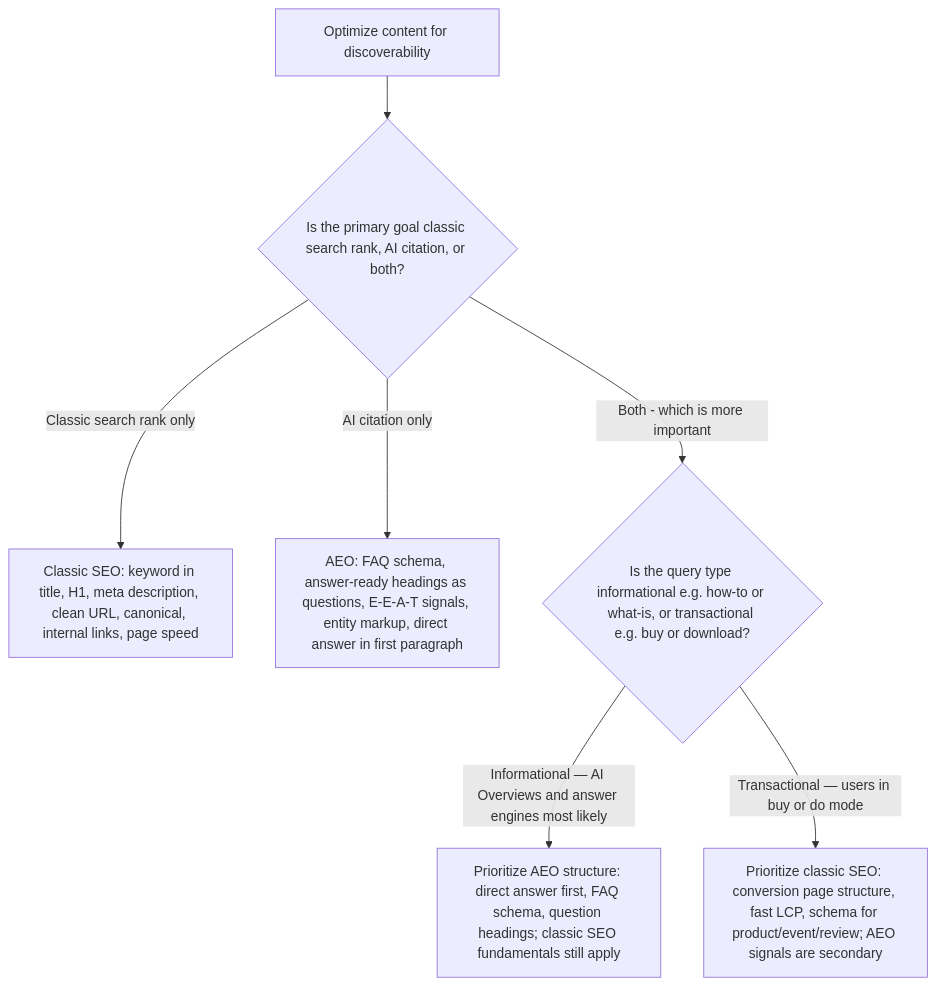
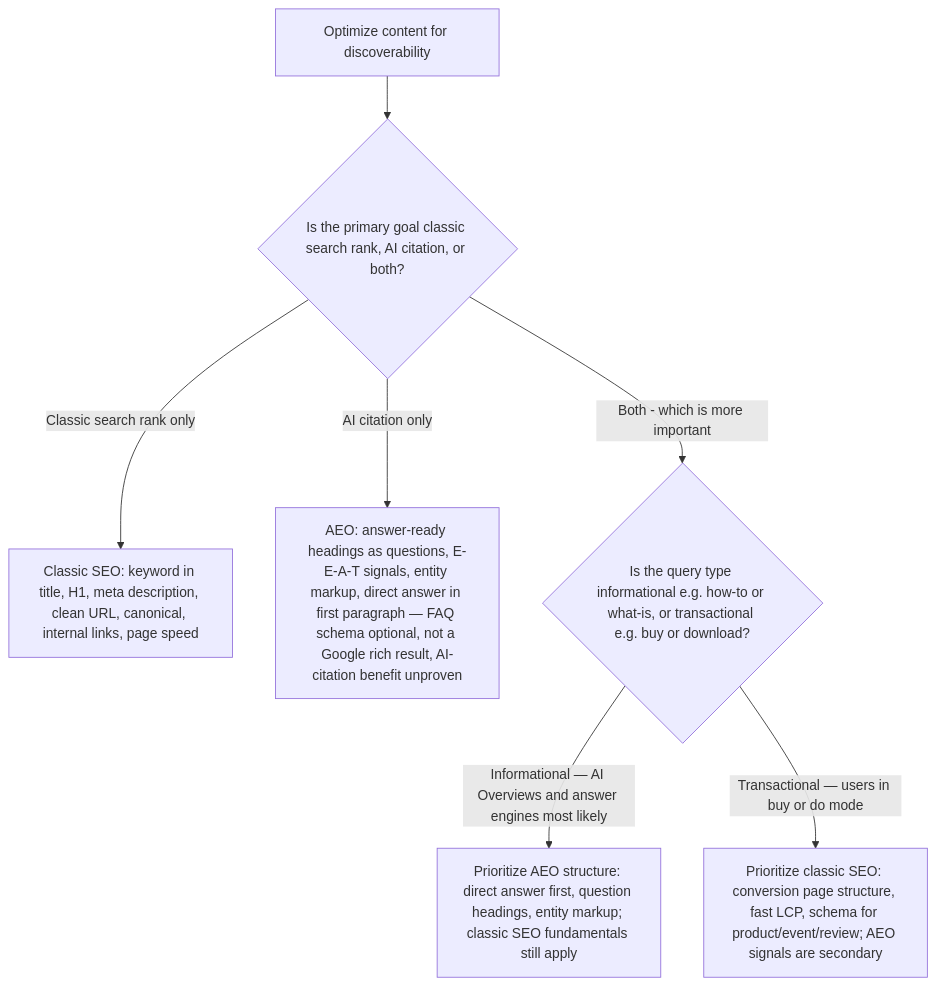
Before and after one commit to mcorbett51090/RavenClaude: diagram 13 of 13 in plugins/web-design/knowledge/web-design-decision-trees.md, drawn with Mermaid. The commit also changed other lines of this file and 22 other files, not shown here.

````diff
--- a/plugins/web-design/knowledge/web-design-decision-trees.md
+++ b/plugins/web-design/knowledge/web-design-decision-trees.md
@@ -457,9 +464,9 @@
 ```mermaid
 flowchart TD
     START[Optimize content for discoverability] --> Q1{Is the primary goal classic search rank, AI citation, or both?}
     Q1 -->|Classic search rank only| SEO[Classic SEO: keyword in title, H1, meta description, clean URL, canonical, internal links, page speed]
-    Q1 -->|AI citation only| AEO[AEO: FAQ schema, answer-ready headings as questions, E-E-A-T signals, entity markup, direct answer in first paragraph]
+    Q1 -->|AI citation only| AEO[AEO: answer-ready headings as questions, E-E-A-T signals, entity markup, direct answer in first paragraph — FAQ schema optional, not a Google rich result, AI-citation benefit unproven]
     Q1 -->|Both - which is more important| BOTH{Is the query type informational e.g. how-to or what-is, or transactional e.g. buy or download?}
-    BOTH -->|Informational — AI Overviews and answer engines most likely| AIHEAVIER[Prioritize AEO structure: direct answer first, FAQ schema, question headings; classic SEO fundamentals still apply]
+    BOTH -->|Informational — AI Overviews and answer engines most likely| AIHEAVIER[Prioritize AEO structure: direct answer first, question headings, entity markup; classic SEO fundamentals still apply]
     BOTH -->|Transactional — users in buy or do mode| SEOHEAVIER[Prioritize classic SEO: conversion page structure, fast LCP, schema for product/event/review; AEO signals are secondary]
 ```
````
